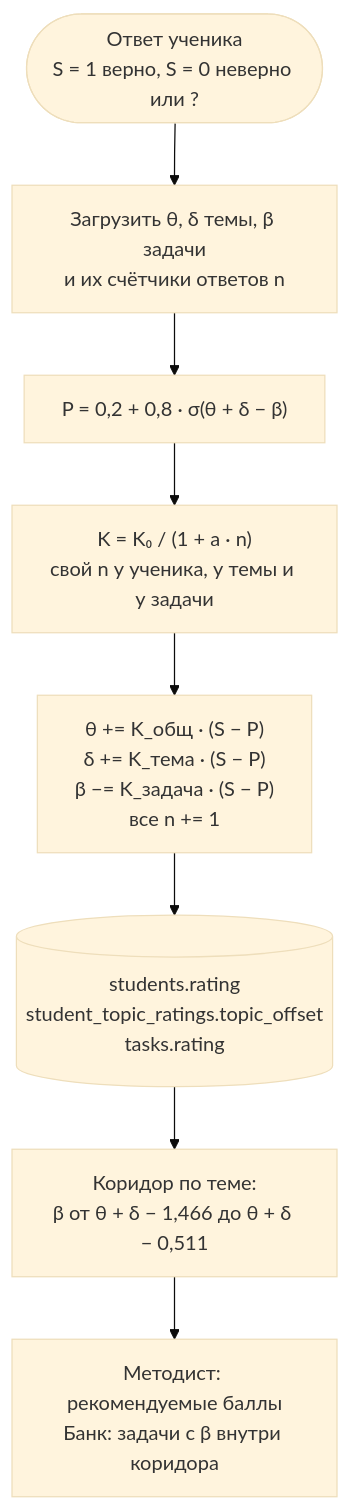
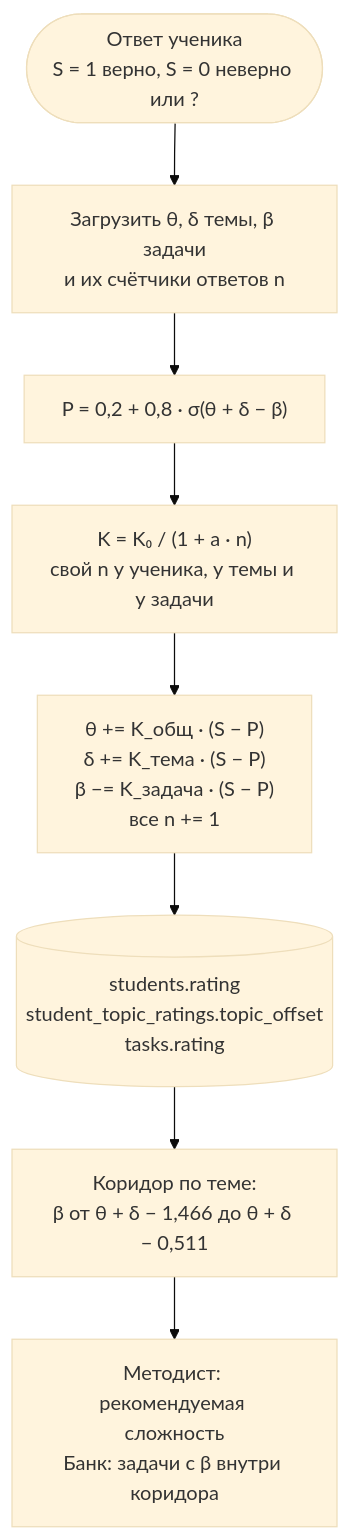
Before and after one commit to MathTrail/llm-taskgen-prototype: the diagram in docs/architecture/05-ratings.md, drawn with Mermaid (base theme). The commit also changed other lines of this file and 27 other files, not shown here.

````diff
--- a/docs/architecture/05-ratings.md
+++ b/docs/architecture/05-ratings.md
@@ -9,13 +11,13 @@
 ```mermaid
 flowchart TB
     ans(["Ответ ученика<br/>S = 1 верно, S = 0 неверно или ?"])
     load["Загрузить θ, δ темы, β задачи<br/>и их счётчики ответов n"]
     p["P = 0,2 + 0,8 · σ(θ + δ − β)"]
     k["K = K₀ / (1 + a · n)<br/>свой n у ученика, у темы и у задачи"]
     upd["θ += K_общ · (S − P)<br/>δ += K_тема · (S − P)<br/>β −= K_задача · (S − P)<br/>все n += 1"]
     save[("students.rating<br/>student_topic_ratings.topic_offset<br/>tasks.rating")]
     corr["Коридор по теме:<br/>β от θ + δ − 1,466 до θ + δ − 0,511"]
-    use["Методист: рекомендуемые баллы<br/>Банк: задачи с β внутри коридора"]
+    use["Методист: рекомендуемая сложность<br/>Банк: задачи с β внутри коридора"]
 
     ans --> load --> p --> k --> upd --> save --> corr --> use
 ```
````
